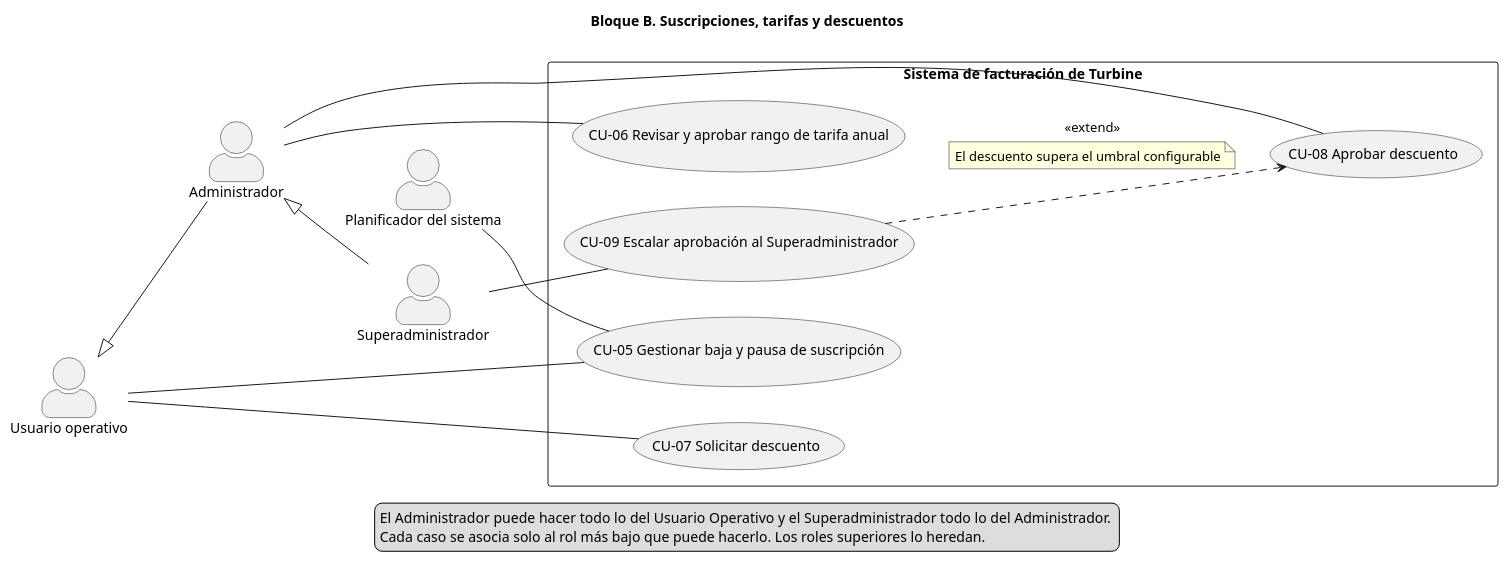
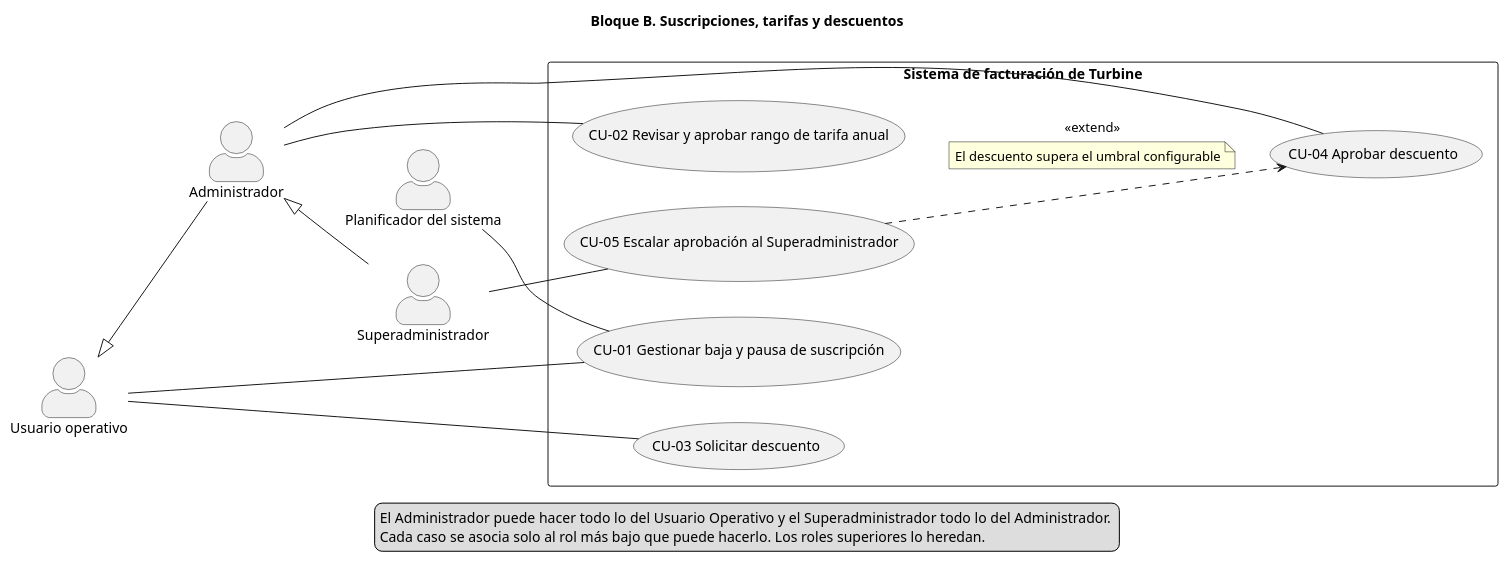
Before and after one commit to suqihao-star/JIRAFAS: the diagram in doc/src/Borradores_Diagramas_UML_Casos_De_Uso/propuesta_PABLO_FERNANDEZ_CARABANTES_diagrama_UML_de_casos_de_uso/Casos_Uso_B_Suscripciones_Tarifas_y_Descuentos.pu, drawn with PlantUML. The commit also changed 2 other files, not shown here.

Commit message:
Implementación de bloques A y B en especificación: Renumerados Casos de uso en UML en B comenzando por el 01 y eliminado antiguo CU-02 en A.

```diff
--- a/doc/src/Borradores_Diagramas_UML_Casos_De_Uso/propuesta_PABLO_FERNANDEZ_CARABANTES_diagrama_UML_de_casos_de_uso/Casos_Uso_B_Suscripciones_Tarifas_y_Descuentos.pu
+++ b/doc/src/Borradores_Diagramas_UML_Casos_De_Uso/propuesta_PABLO_FERNANDEZ_CARABANTES_diagrama_UML_de_casos_de_uso/Casos_Uso_B_Suscripciones_Tarifas_y_Descuentos.pu
@@ -1,32 +1,32 @@
 @startuml
 skinparam actorStyle awesome
 left to right direction
 title Bloque B. Suscripciones, tarifas y descuentos
 actor "Usuario operativo" as UO
 actor "Administrador" as ADMIN
 actor "Superadministrador" as SADMIN
 UO <|-- ADMIN
 ADMIN <|-- SADMIN
 rectangle "Sistema de facturación de Turbine" {
-  usecase "CU-05 Gestionar baja y pausa de suscripción" as CU05
-  usecase "CU-06 Revisar y aprobar rango de tarifa anual" as CU06
-  usecase "CU-07 Solicitar descuento" as CU07
-  usecase "CU-08 Aprobar descuento" as CU08
-  usecase "CU-09 Escalar aprobación al Superadministrador" as CU09
+  usecase "CU-01 Gestionar baja y pausa de suscripción" as CU01
+  usecase "CU-02 Revisar y aprobar rango de tarifa anual" as CU02
+  usecase "CU-03 Solicitar descuento" as CU03
+  usecase "CU-04 Aprobar descuento" as CU04
+  usecase "CU-05 Escalar aprobación al Superadministrador" as CU05
 }
 actor "Planificador del sistema" as PS
-UO -- CU05
-PS -- CU05
-ADMIN -- CU06
-UO -- CU07
-ADMIN -- CU08
-SADMIN -- CU09
-CU09 ..> CU08 : <<extend>>
+UO -- CU01
+PS -- CU01
+ADMIN -- CU02
+UO -- CU03
+ADMIN -- CU04
+SADMIN -- CU05
+CU05 ..> CU04 : <<extend>>
 note on link
 El descuento supera el umbral configurable
 end note
 legend bottom
 El Administrador puede hacer todo lo del Usuario Operativo y el Superadministrador todo lo del Administrador. 
 Cada caso se asocia solo al rol más bajo que puede hacerlo. Los roles superiores lo heredan.
 endlegend
 @enduml
```
